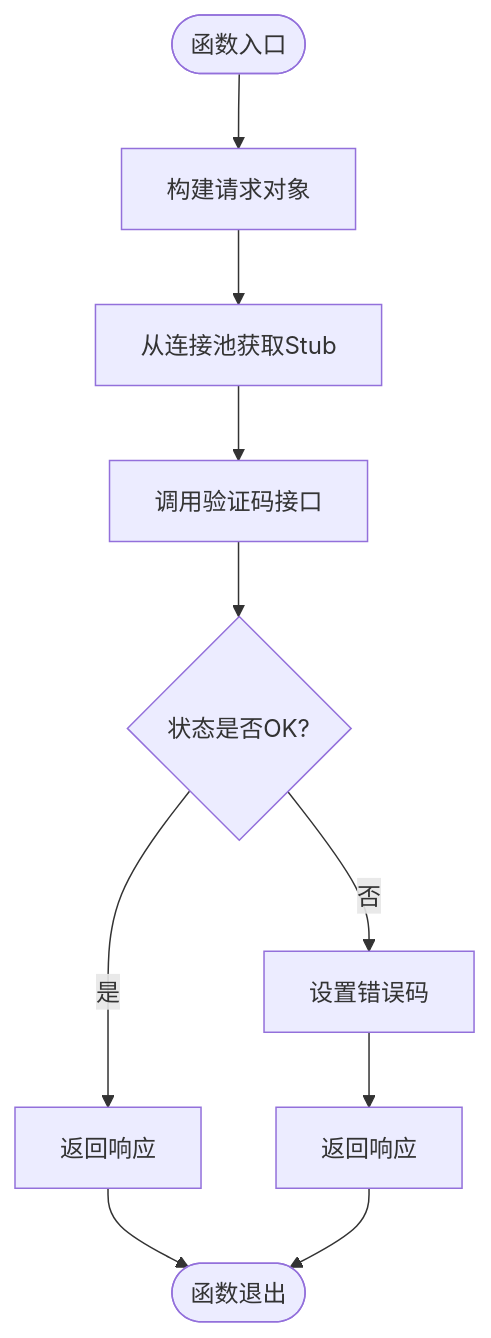
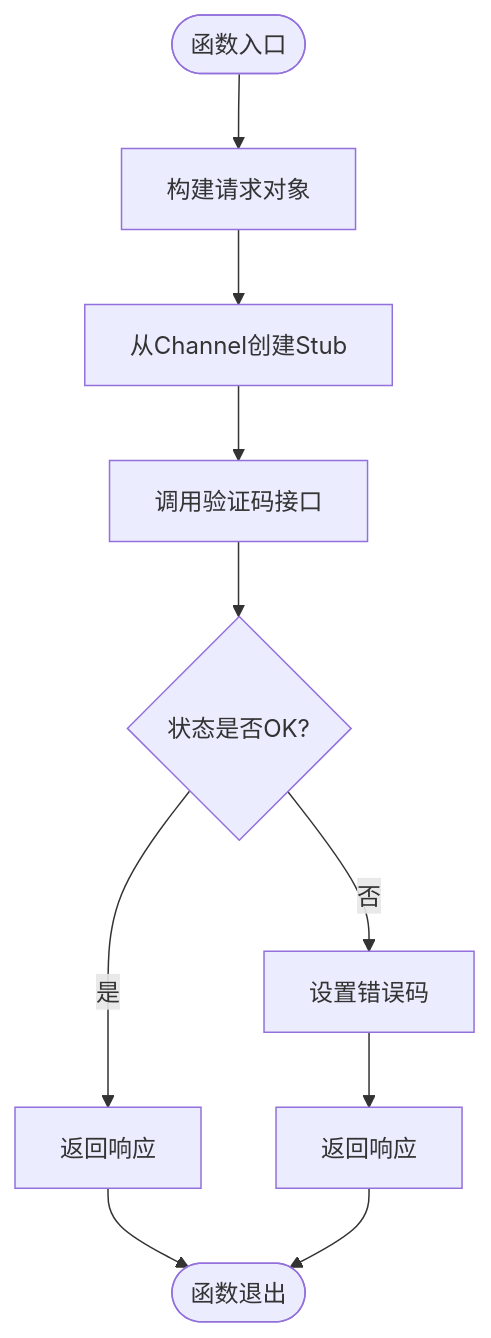
One commit to echo9923/mychatter changed the fifth of 8 diagrams in .qoder/repowiki/zh/content/网络通信/gRPC微服务接口/gRPC客户端实现指南.md. Above: the diagram before and after it, drawn with Mermaid. The commit also changed other lines of this file and 54 other files, not shown here.

````diff
--- a/.qoder/repowiki/zh/content/网络通信/gRPC微服务接口/gRPC客户端实现指南.md
+++ b/.qoder/repowiki/zh/content/网络通信/gRPC微服务接口/gRPC客户端实现指南.md
@@ -218,12 +201,12 @@
 ```mermaid
 flowchart TD
 Start(["函数入口"]) --> BuildReq["构建请求对象"]
-BuildReq --> GetStub["从连接池获取Stub"]
-GetStub --> CallRPC["调用验证码接口"]
+BuildReq --> CreateStub["从Channel创建Stub"]
+CreateStub --> CallRPC["调用验证码接口"]
 CallRPC --> CheckStatus{"状态是否OK?"}
 CheckStatus --> |是| ReturnOk["返回响应"]
 CheckStatus --> |否| SetErr["设置错误码"]
 SetErr --> ReturnErr["返回响应"]
 ReturnOk --> End(["函数退出"])
 ReturnErr --> End
 ```
````
